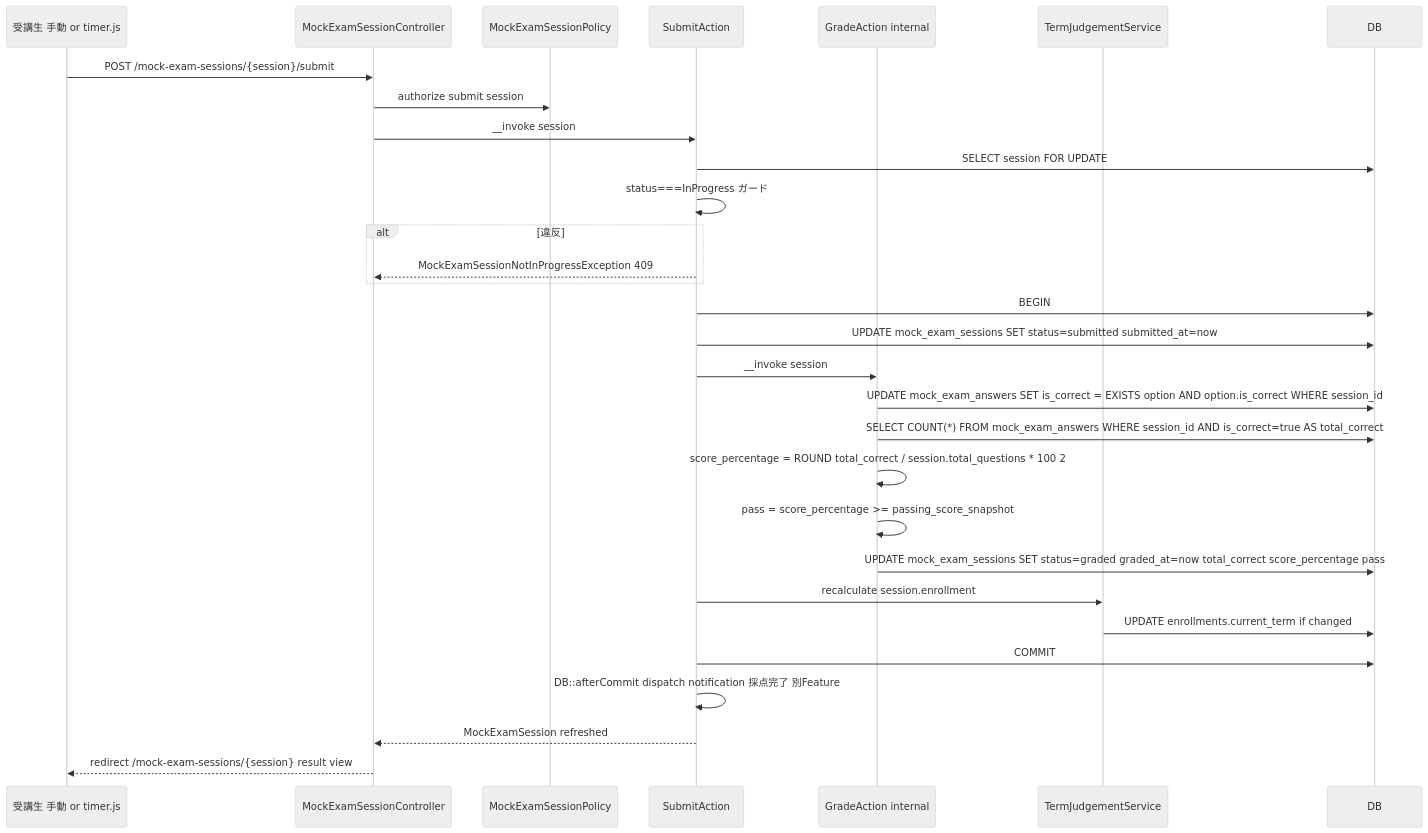
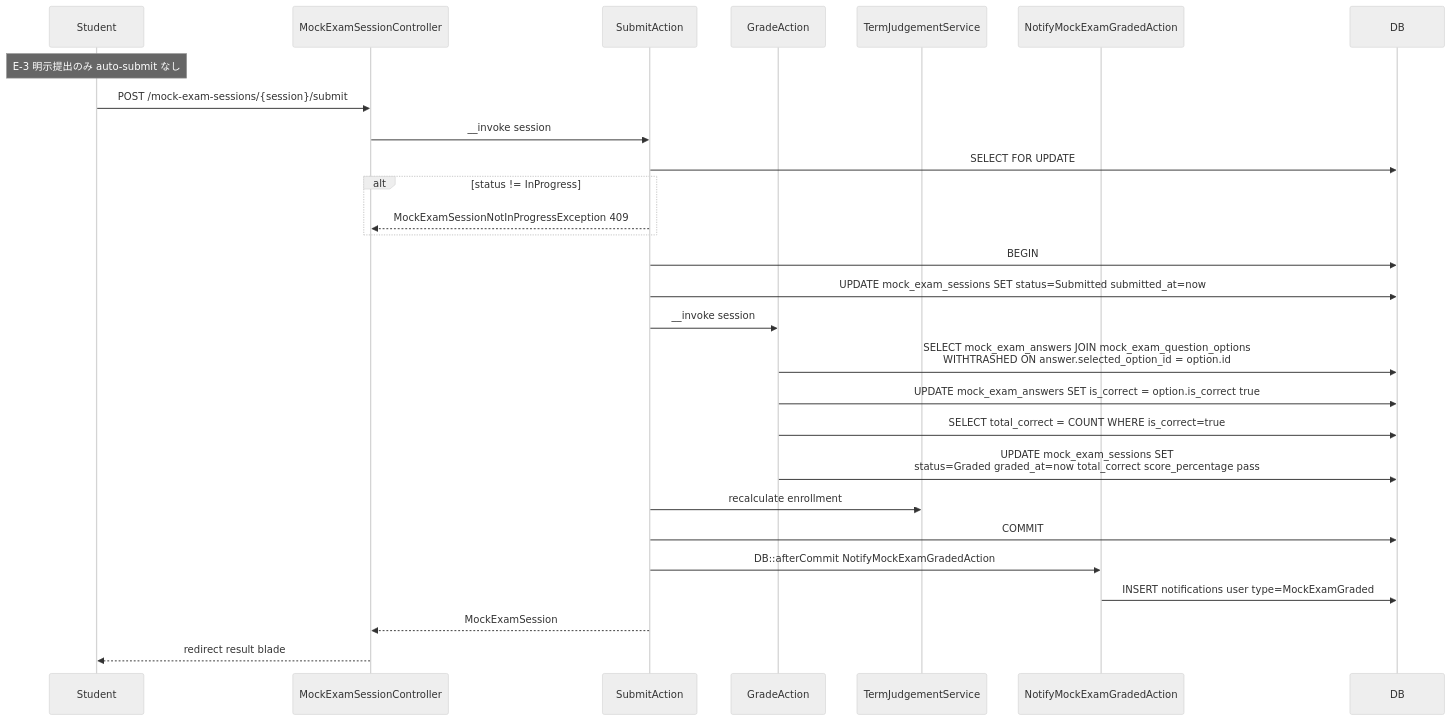
The fifth of 8 diagrams in docs/specs/mock-exam/design.md (coachtech-mockcase-second/ExampleAnswer-mockcase-CertifyLMS), drawn with Mermaid (neutral theme) before and after one commit. The commit also changed other lines of this file and 67 other files, not shown here.

````diff
--- a/docs/specs/mock-exam/design.md
+++ b/docs/specs/mock-exam/design.md
@@ -235,33 +163,31 @@
 ```mermaid
 sequenceDiagram
-    participant Trigger as 受講生 手動 or timer.js
-    participant SSC as MockExamSessionController
-    participant Pol as MockExamSessionPolicy
+    participant Student
+    participant MESC as MockExamSessionController
     participant SubA as SubmitAction
-    participant GA as GradeAction internal
+    participant GrA as GradeAction
     participant TJS as TermJudgementService
-    participant DB as DB
+    participant Notif as NotifyMockExamGradedAction
+    participant DB
 
-    Trigger->>SSC: POST /mock-exam-sessions/{session}/submit
-    SSC->>Pol: authorize submit session
-    SSC->>SubA: __invoke session
-    SubA->>DB: SELECT session FOR UPDATE
-    SubA->>SubA: status===InProgress ガード
-    alt 違反
-        SubA-->>SSC: MockExamSessionNotInProgressException 409
+    Note over Student: E-3 明示提出のみ auto-submit なし
+    Student->>MESC: POST /mock-exam-sessions/{session}/submit
+    MESC->>SubA: __invoke session
+    SubA->>DB: SELECT FOR UPDATE
+    alt status != InProgress
+        SubA-->>MESC: MockExamSessionNotInProgressException 409
     end
     SubA->>DB: BEGIN
-    SubA->>DB: UPDATE mock_exam_sessions SET status=submitted submitted_at=now
-    SubA->>GA: __invoke session
-    GA->>DB: UPDATE mock_exam_answers SET is_correct = EXISTS option AND option.is_correct WHERE session_id
-    GA->>DB: SELECT COUNT(*) FROM mock_exam_answers WHERE session_id AND is_correct=true AS total_correct
-    GA->>GA: score_percentage = ROUND total_correct / session.total_questions * 100 2
-    GA->>GA: pass = score_percentage >= passing_score_snapshot
-    GA->>DB: UPDATE mock_exam_sessions SET status=graded graded_at=now total_correct score_percentage pass
-    SubA->>TJS: recalculate session.enrollment
-    TJS->>DB: UPDATE enrollments.current_term if changed
+    SubA->>DB: UPDATE mock_exam_sessions SET status=Submitted submitted_at=now
+    SubA->>GrA: __invoke session
+    GrA->>DB: SELECT mock_exam_answers JOIN mock_exam_question_options<br/>WITHTRASHED ON answer.selected_option_id = option.id
+    GrA->>DB: UPDATE mock_exam_answers SET is_correct = option.is_correct true
+    GrA->>DB: SELECT total_correct = COUNT WHERE is_correct=true
+    GrA->>DB: UPDATE mock_exam_sessions SET<br/>status=Graded graded_at=now total_correct score_percentage pass
+    SubA->>TJS: recalculate enrollment
     SubA->>DB: COMMIT
-    SubA->>SubA: DB::afterCommit dispatch notification 採点完了 別Feature
-    SubA-->>SSC: MockExamSession refreshed
-    SSC-->>Trigger: redirect /mock-exam-sessions/{session} result view
+    SubA->>Notif: DB::afterCommit NotifyMockExamGradedAction
+    Notif->>DB: INSERT notifications user type=MockExamGraded
+    SubA-->>MESC: MockExamSession
+    MESC-->>Student: redirect result blade
 ```
````
